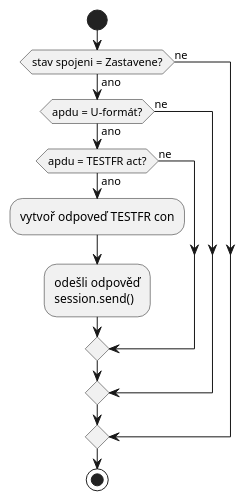
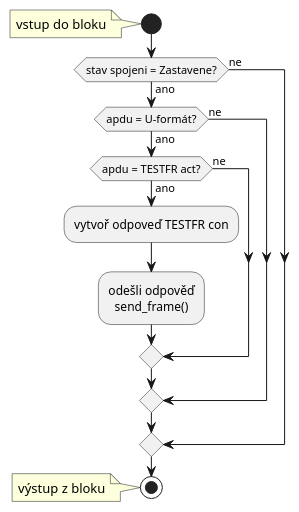
The second of 5 diagrams in IEC104_SERVER/IEC104_v7/diagramy/handle_apdu_state.puml (SlavekRylich/IEC104), drawn with PlantUML before and after one commit. The commit also changed other lines of this file and 15 other files, not shown here.

Commit message:
update diagrams

```diff
--- a/IEC104_SERVER/IEC104_v7/diagramy/handle_apdu_state.puml
+++ b/IEC104_SERVER/IEC104_v7/diagramy/handle_apdu_state.puml
@@ -29,16 +32,18 @@
 @startuml
 'State 1
 start
+note: vstup do bloku
 if (stav spojeni = Zastavene?) then (ano)
  if (apdu = U-formát?) then (ano)
       if (apdu = TESTFR act?) then (ano)
         :vytvoř odpoveď TESTFR con;
-        :odešli odpověď\nsession.send();
+        :odešli odpověď\n  send_frame();
       else (ne)
       endif
   else (ne)
 endif
 else (ne)
 endif
 stop
+note : výstup z bloku
 @enduml
```
